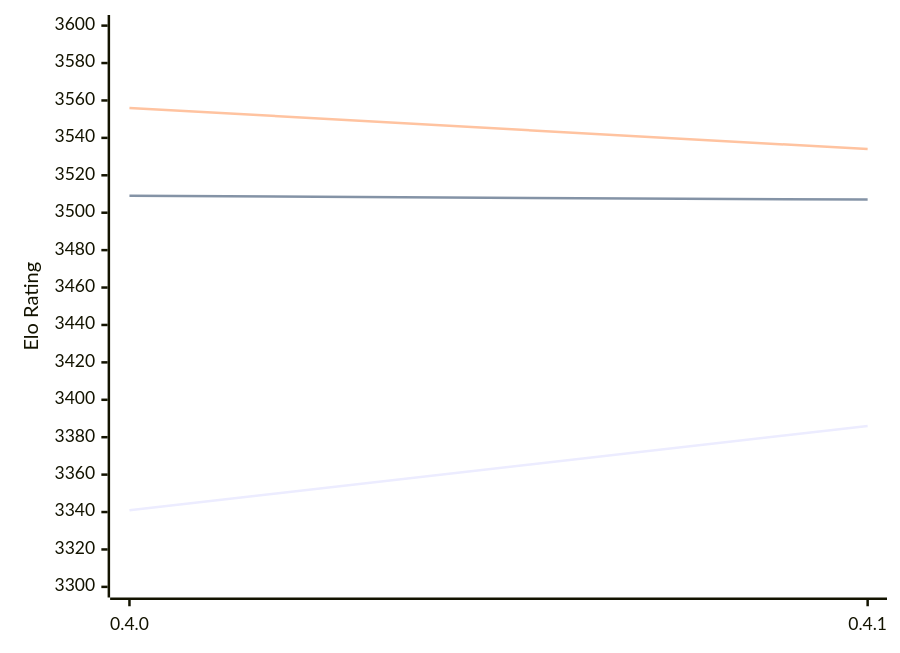
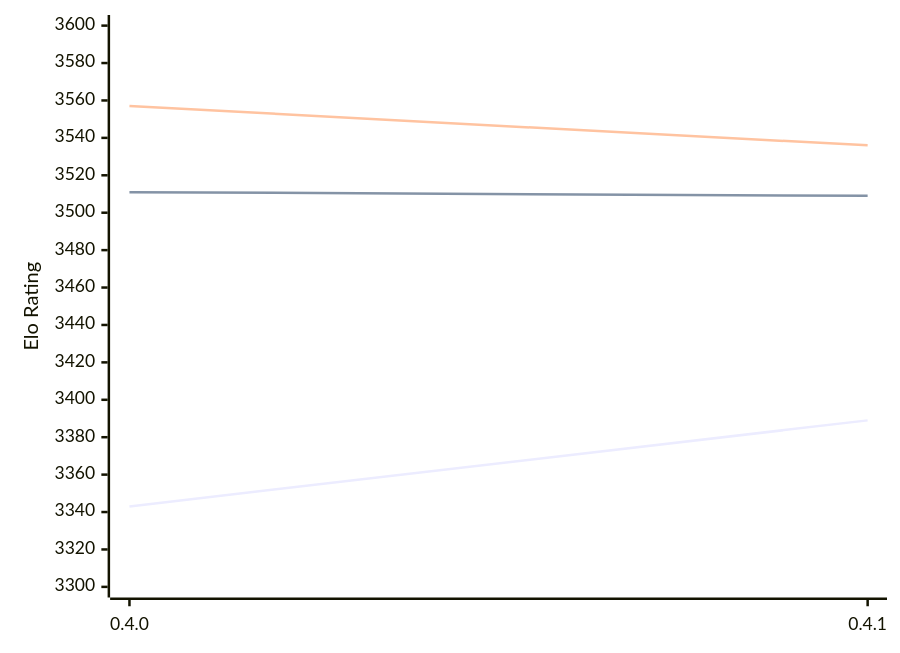
The diagram in engines/Cinder.md (computer-chess-index/cci), drawn with Mermaid before and after one commit. The commit also changed other lines of this file, not shown here.

Commit message:
Update CCI Ratings (ELO VLTC) - 2026-02-13

````diff
--- a/engines/Cinder.md
+++ b/engines/Cinder.md
@@ -37,9 +37,9 @@
 ```mermaid
 %%{init: {"theme":"base","themeVariables":{"seriesColors:['#a3a3a3','#222221','#faa371']}}}%%
 xychart-beta
   x-axis ["0.4.0", "0.4.1"]
   y-axis "Elo Rating" 3300 --> 3600
-  line "STC (8.0+0.08s)" [3341, 3386]
-  line "LTC (60.0+0.60s)" [3509, 3507]
-  line "VLTC (2m24s+1.12s)" [3556, 3534]
+  line "STC (8.0+0.08s)" [3343, 3389]
+  line "LTC (60.0+0.60s)" [3511, 3509]
+  line "VLTC (2m24s+1.12s)" [3557, 3536]
 ```
````
